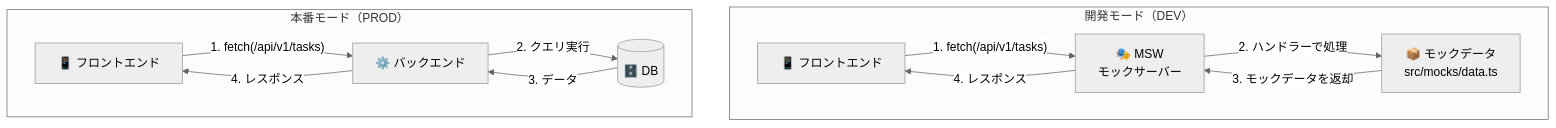
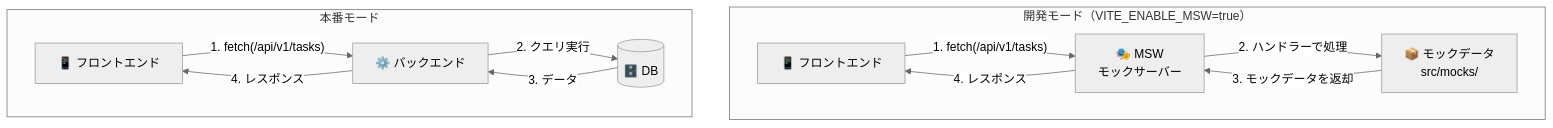
One commit to yu-min3/kensan changed diagram 14 of 15 in mydocs/architecture_guide_for_beginners.md. Above: the diagram before and after it, drawn with Mermaid (neutral theme). The commit also changed other lines of this file and 85 other files, not shown here.

````diff
--- a/mydocs/architecture_guide_for_beginners.md
+++ b/mydocs/architecture_guide_for_beginners.md
@@ -467,24 +643,24 @@
 ```mermaid
 graph TB
-    subgraph "開発モード（DEV）"
+    subgraph "開発モード（VITE_ENABLE_MSW=true）"
         FE_DEV["📱 フロントエンド"]
         MSW["🎭 MSW<br/>モックサーバー"]
-        MOCK["📦 モックデータ<br/>src/mocks/data.ts"]
+        MOCK["📦 モックデータ<br/>src/mocks/"]
 
         FE_DEV -->|"1. fetch(/api/v1/tasks)"| MSW
         MSW -->|"2. ハンドラーで処理"| MOCK
         MOCK -->|"3. モックデータを返却"| MSW
         MSW -->|"4. レスポンス"| FE_DEV
     end
 
-    subgraph "本番モード（PROD）"
+    subgraph "本番モード"
         FE_PROD["📱 フロントエンド"]
         BE_PROD["⚙️ バックエンド"]
         DB_PROD[("🗄️ DB")]
 
         FE_PROD -->|"1. fetch(/api/v1/tasks)"| BE_PROD
         BE_PROD -->|"2. クエリ実行"| DB_PROD
         DB_PROD -->|"3. データ"| BE_PROD
         BE_PROD -->|"4. レスポンス"| FE_PROD
     end
 ```
````
